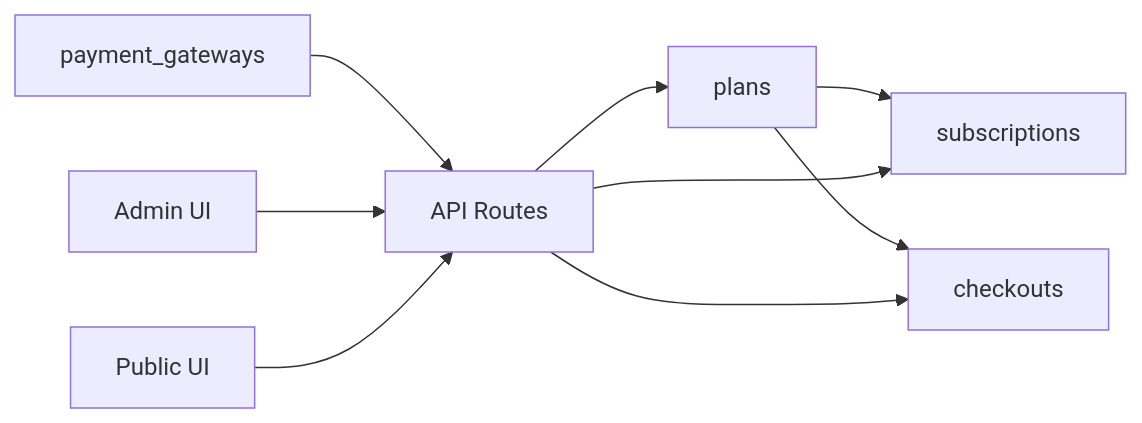
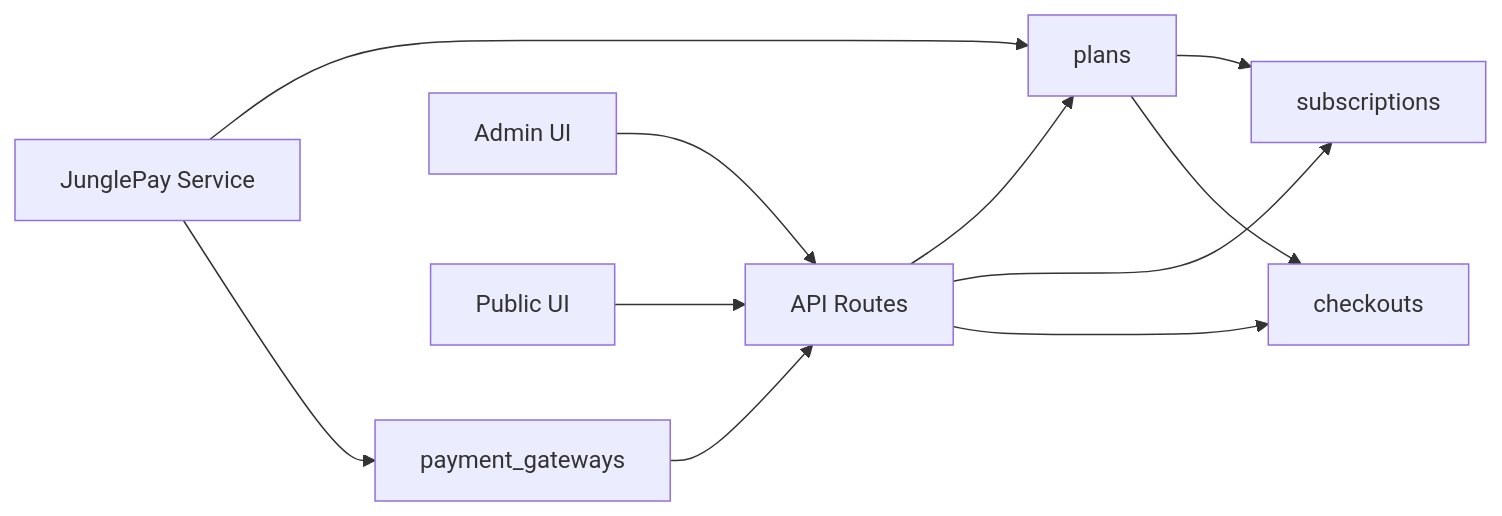
Before and after one commit to eromedrive2tb-gif/Avitrine: the fifth of 5 diagrams in .qoder/repowiki/en/content/Database Design/Core Data Models/Plans Model.md, drawn with Mermaid. The commit also changed other lines of this file and 18 other files, not shown here.

````diff
--- a/.qoder/repowiki/en/content/Database Design/Core Data Models/Plans Model.md
+++ b/.qoder/repowiki/en/content/Database Design/Core Data Models/Plans Model.md
@@ -313,11 +361,13 @@
 ```mermaid
 graph LR
 PLANS["plans"] --> SUBS["subscriptions"]
 PLANS --> CHECK["checkouts"]
 GW["payment_gateways"] --> API["API Routes"]
 API --> PLANS
 API --> SUBS
 API --> CHECK
 ADMIN["Admin UI"] --> API
 PUBLIC["Public UI"] --> API
+JP["JunglePay Service"] --> PLANS
+JP --> GW
 ```
````
